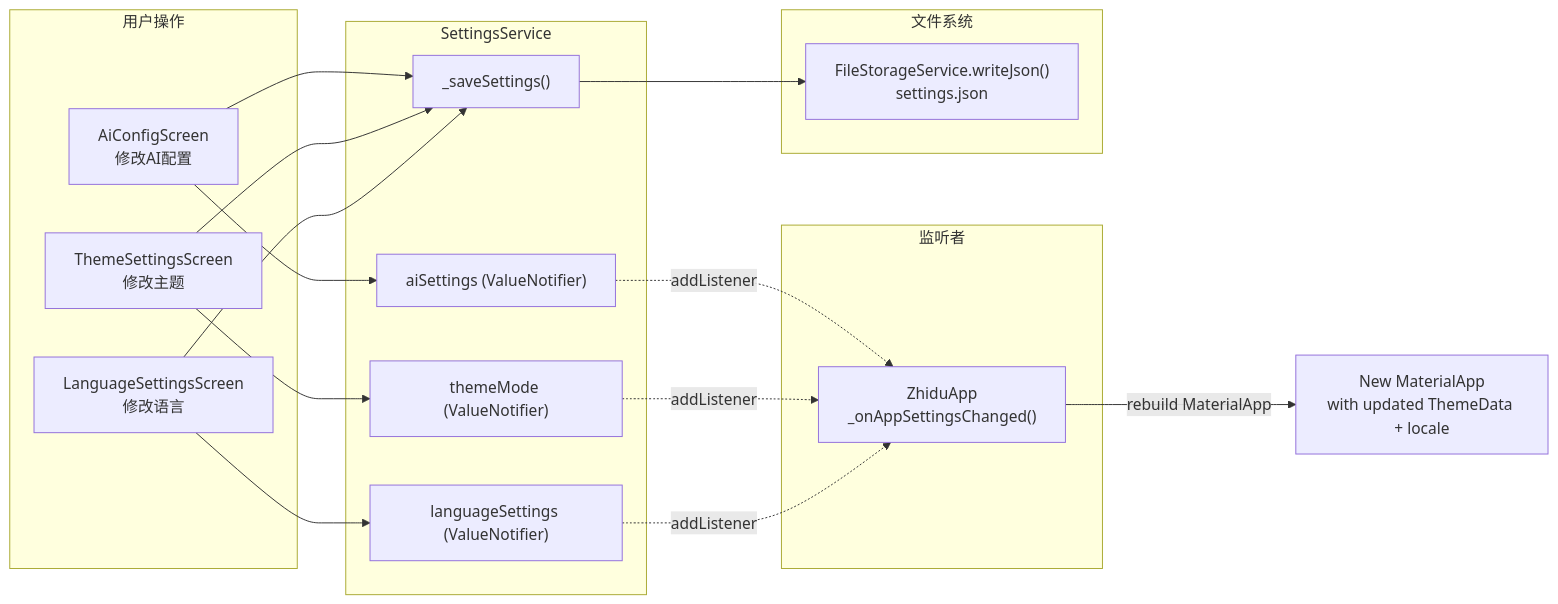
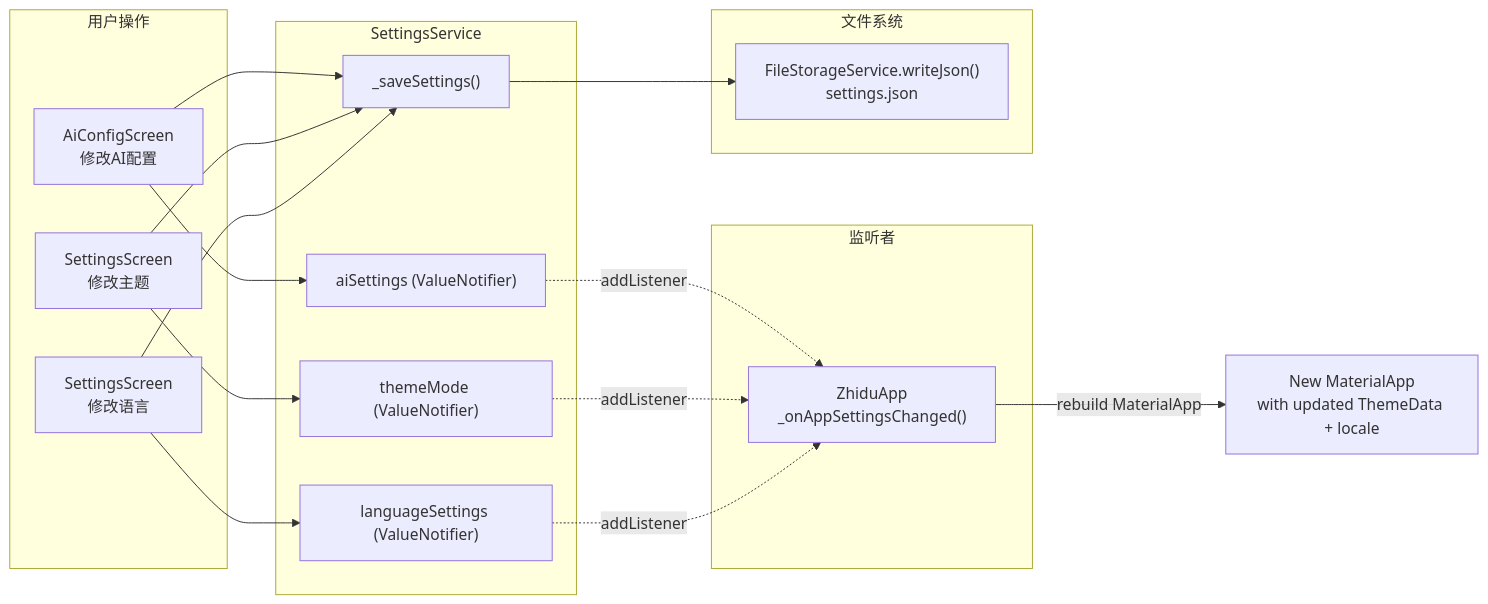
Before and after one commit to jjzhang2000/zhidu: the eighth of 11 diagrams in docs/function_call_relationships_visual.md, drawn with Mermaid. The commit also changed other lines of this file and 26 other files, not shown here.

````diff
--- a/docs/function_call_relationships_visual.md
+++ b/docs/function_call_relationships_visual.md
@@ -393,39 +391,39 @@
 ```mermaid
 flowchart LR
     subgraph 用户操作
         U1["AiConfigScreen<br/>修改AI配置"]
-        U2["ThemeSettingsScreen<br/>修改主题"]
-        U3["LanguageSettingsScreen<br/>修改语言"]
+        U2["SettingsScreen<br/>修改主题"]
+        U3["SettingsScreen<br/>修改语言"]
     end
 
     subgraph SettingsService
         SAVE["_saveSettings()"]
         AI_NF["aiSettings (ValueNotifier)"]
         T_NF["themeMode (ValueNotifier)"]
         L_NF["languageSettings (ValueNotifier)"]
     end
 
     subgraph 监听者
         Z_APP["ZhiduApp<br/>_onAppSettingsChanged()"]
     end
 
     subgraph 文件系统
         FILE["FileStorageService.writeJson()<br/>settings.json"]
     end
 
     U1 --> SAVE
     U2 --> SAVE
     U3 --> SAVE
 
     SAVE --> FILE
 
     U1 --> AI_NF
     U2 --> T_NF
     U3 --> L_NF
 
     AI_NF -.-> |"addListener"| Z_APP
     T_NF -.-> |"addListener"| Z_APP
     L_NF -.-> |"addListener"| Z_APP
 
     Z_APP --> |"rebuild MaterialApp"| APP["New MaterialApp<br/>with updated ThemeData + locale"]
 ```
````
